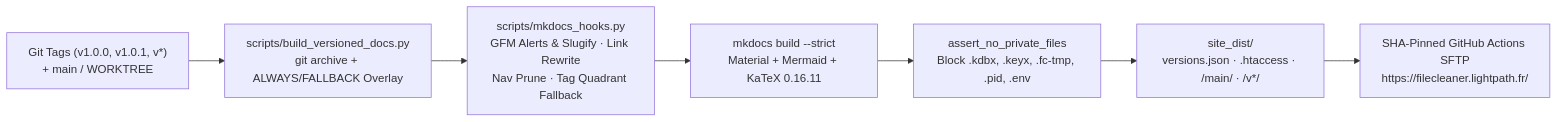
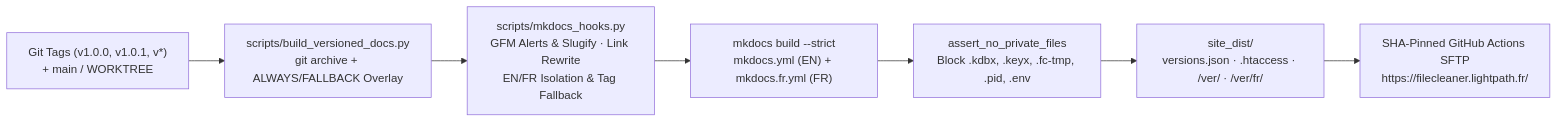
Before and after one commit to jmrenouard/FileCleaner: the diagram in docs/04-explanation/design-decisions/adr-002-diataxis-versioned-mkdocs-publishing.md, drawn with Mermaid. The commit also changed other lines of this file and 43 other files, not shown here.

Commit message:
docs: separate EN/FR MkDocs sites, add French Diataxis tree, and verify Mermaid & E2E docs (#40)

````diff
--- a/docs/04-explanation/design-decisions/adr-002-diataxis-versioned-mkdocs-publishing.md
+++ b/docs/04-explanation/design-decisions/adr-002-diataxis-versioned-mkdocs-publishing.md
@@ -36,9 +36,9 @@
 ```mermaid
 flowchart LR
-    GIT["Git Tags (v1.0.0, v1.0.1, v*)\n+ main / WORKTREE"] --> BLD["scripts/build_versioned_docs.py\ngit archive + ALWAYS/FALLBACK Overlay"]
-    BLD --> HOOKS["scripts/mkdocs_hooks.py\nGFM Alerts & Slugify · Link Rewrite\nNav Prune · Tag Quadrant Fallback"]
-    HOOKS --> MK["mkdocs build --strict\nMaterial + Mermaid + KaTeX 0.16.11"]
-    MK --> GUARD["assert_no_private_files\nBlock .kdbx, .keyx, .fc-tmp, .pid, .env"]
-    GUARD --> DIST["site_dist/\nversions.json · .htaccess · /main/ · /v*/"]
-    DIST --> SFTP["SHA-Pinned GitHub Actions SFTP\nhttps://filecleaner.lightpath.fr/"]
+    GIT["Git Tags (v1.0.0, v1.0.1, v*)<br/>+ main / WORKTREE"] --> BLD["scripts/build_versioned_docs.py<br/>git archive + ALWAYS/FALLBACK Overlay"]
+    BLD --> HOOKS["scripts/mkdocs_hooks.py<br/>GFM Alerts & Slugify · Link Rewrite<br/>EN/FR Isolation & Tag Fallback"]
+    HOOKS --> MK["mkdocs build --strict<br/>mkdocs.yml (EN) + mkdocs.fr.yml (FR)"]
+    MK --> GUARD["assert_no_private_files<br/>Block .kdbx, .keyx, .fc-tmp, .pid, .env"]
+    GUARD --> DIST["site_dist/<br/>versions.json · .htaccess · /ver/ · /ver/fr/"]
+    DIST --> SFTP["SHA-Pinned GitHub Actions SFTP<br/>https://filecleaner.lightpath.fr/"]
 ```
````
